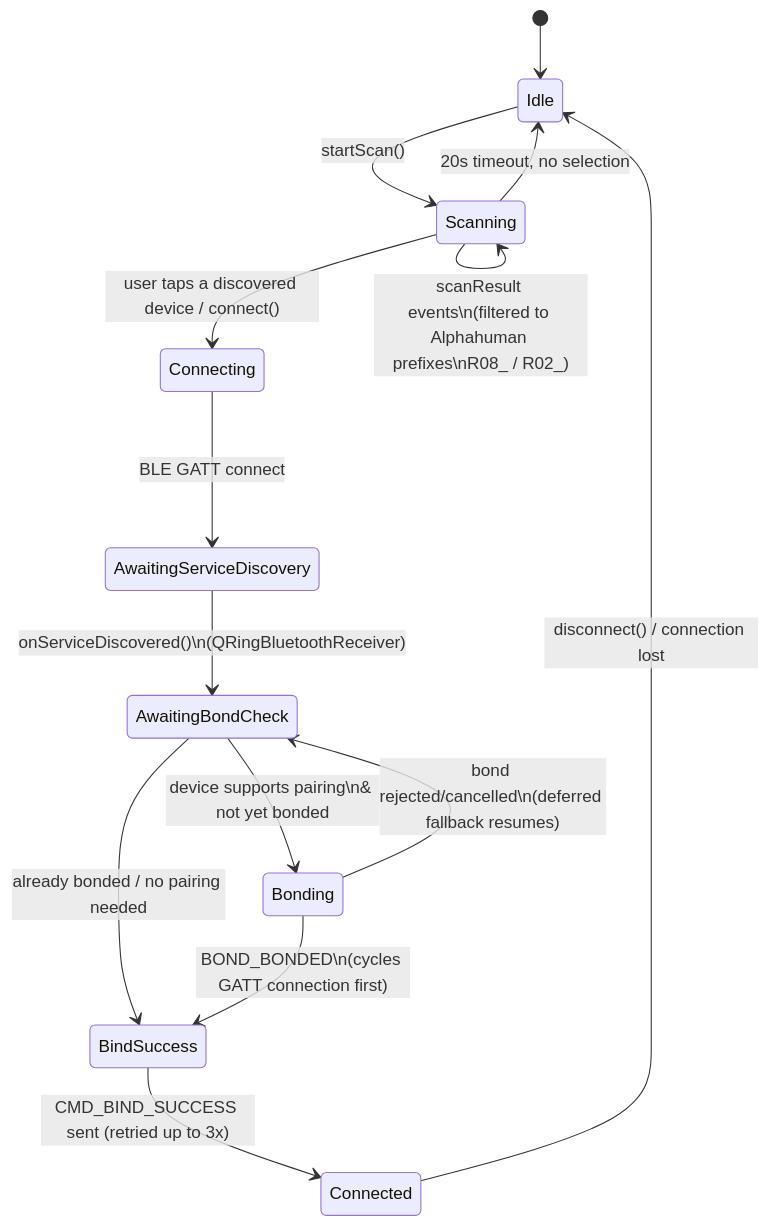
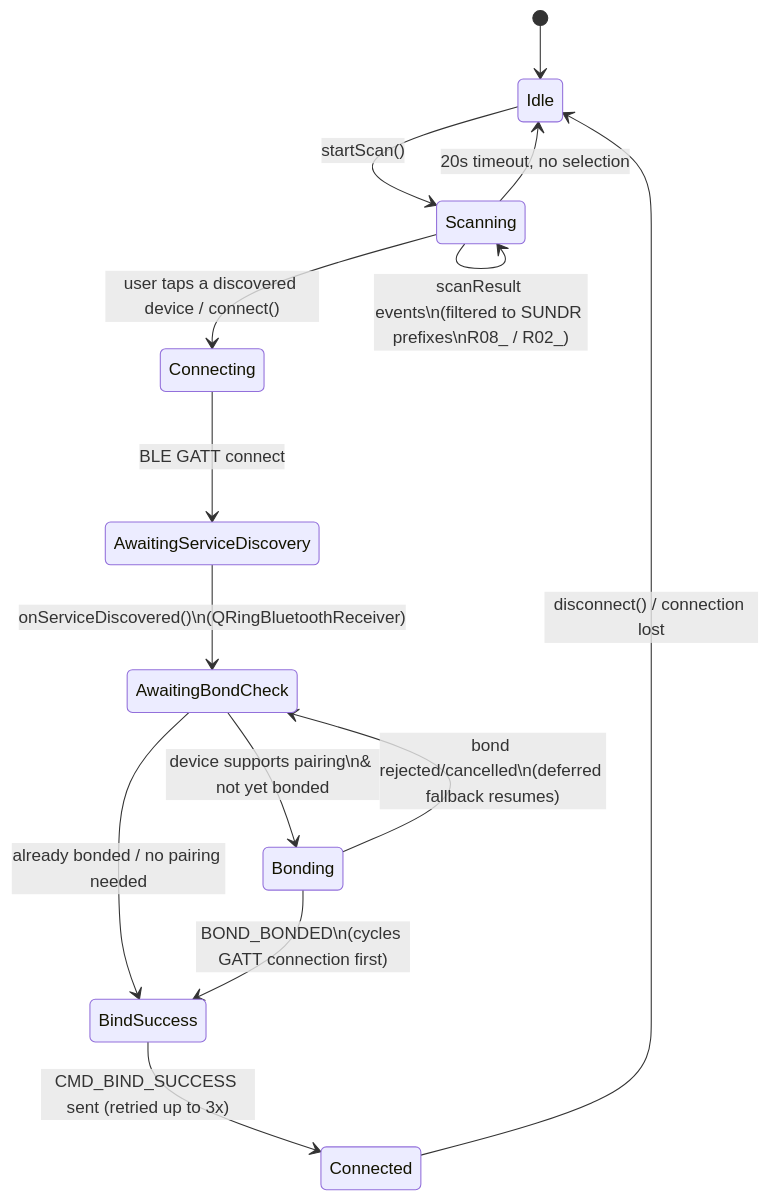
Before and after one commit to sivakumar1306/finalyear_project: the sixth of 8 diagrams in KNOWLEDGE_TRANSFER.md, drawn with Mermaid. The commit also changed other lines of this file and 16 other files, not shown here.

````diff
--- a/KNOWLEDGE_TRANSFER.md
+++ b/KNOWLEDGE_TRANSFER.md
@@ -395,16 +395,16 @@
 ```mermaid
 stateDiagram-v2
     [*] --> Idle
     Idle --> Scanning: startScan()
-    Scanning --> Scanning: scanResult events\n(filtered to Alphahuman prefixes\nR08_ / R02_)
+    Scanning --> Scanning: scanResult events\n(filtered to SUNDR prefixes\nR08_ / R02_)
     Scanning --> Connecting: user taps a discovered device / connect()
     Scanning --> Idle: 20s timeout, no selection
     Connecting --> AwaitingServiceDiscovery: BLE GATT connect
     AwaitingServiceDiscovery --> AwaitingBondCheck: onServiceDiscovered()\n(QRingBluetoothReceiver)
     AwaitingBondCheck --> Bonding: device supports pairing\n& not yet bonded
     AwaitingBondCheck --> BindSuccess: already bonded / no pairing needed
     Bonding --> BindSuccess: BOND_BONDED\n(cycles GATT connection first)
     Bonding --> AwaitingBondCheck: bond rejected/cancelled\n(deferred fallback resumes)
     BindSuccess --> Connected: CMD_BIND_SUCCESS sent (retried up to 3x)
     Connected --> Idle: disconnect() / connection lost
 ```
````
